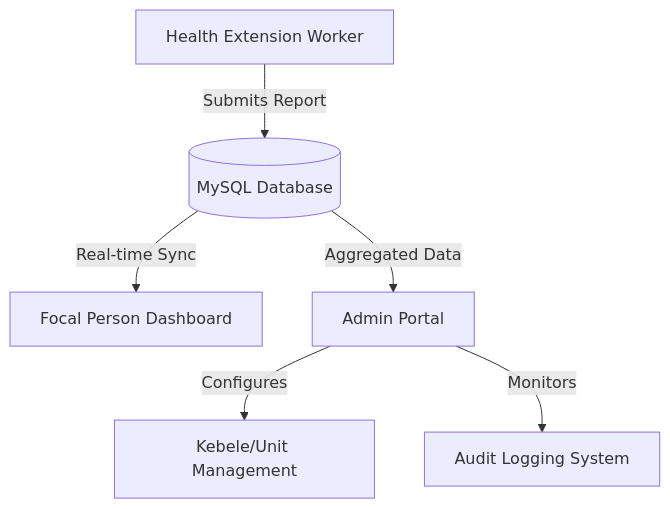
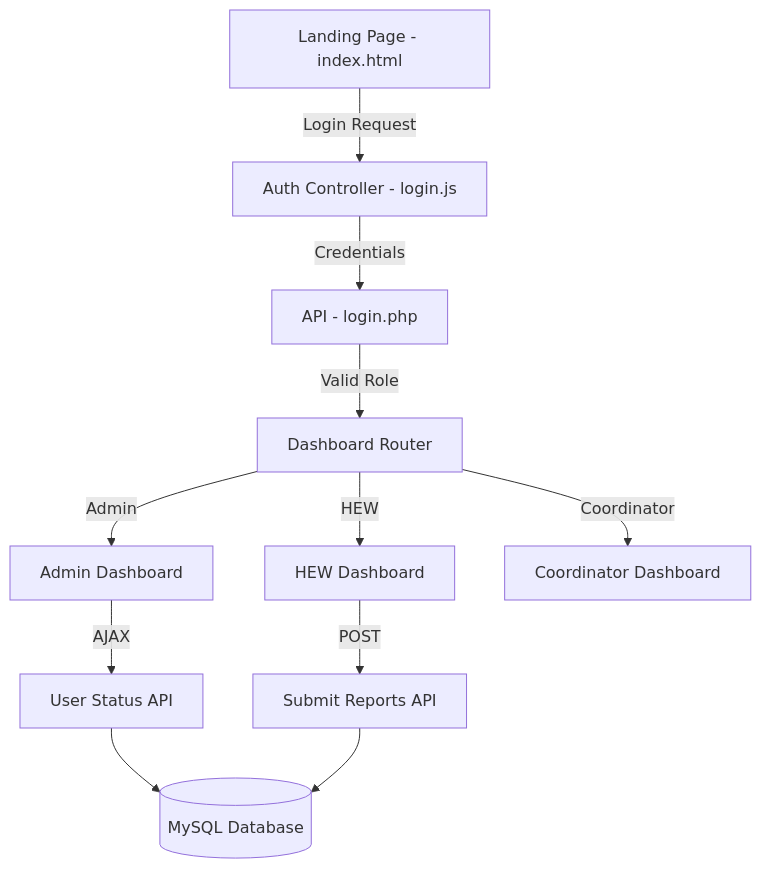
Before and after one commit to Nehimi/D-HIERS: the diagram in README.md, drawn with Mermaid. The commit also changed other lines of this file and 7 other files, not shown here.

````diff
--- a/README.md
+++ b/README.md
@@ -11,8 +11,15 @@
 ```mermaid
 graph TD
-    HEW[Health Extension Worker] -->|Submits Report| DB[(MySQL Database)]
-    DB -->|Real-time Sync| Focal[Focal Person Dashboard]
-    DB -->|Aggregated Data| Admin[Admin Portal]
-    Admin -->|Configures| Kebeles[Kebele/Unit Management]
-    Admin -->|Monitors| Logs[Audit Logging System]
+    Land[Landing Page - index.html] -->|Login Request| Auth[Auth Controller - login.js]
+    Auth -->|Credentials| API1[API - login.php]
+    API1 -->|Valid Role| Dash[Dashboard Router]
+    
+    Dash -->|Admin| AdminDash[Admin Dashboard]
+    Dash -->|HEW| HEWDash[HEW Dashboard]
+    Dash -->|Coordinator| CoordDash[Coordinator Dashboard]
+    
+    AdminDash -->|AJAX| API2[User Status API]
+    HEWDash -->|POST| API3[Submit Reports API]
+    
+    API2 & API3 --> DB[(MySQL Database)]
 ```
````
